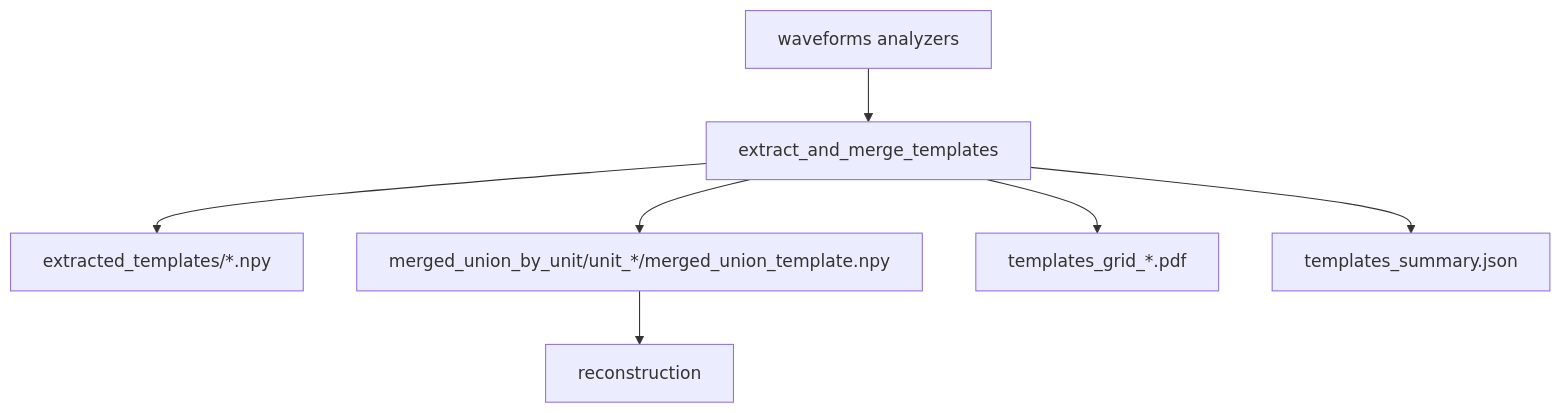
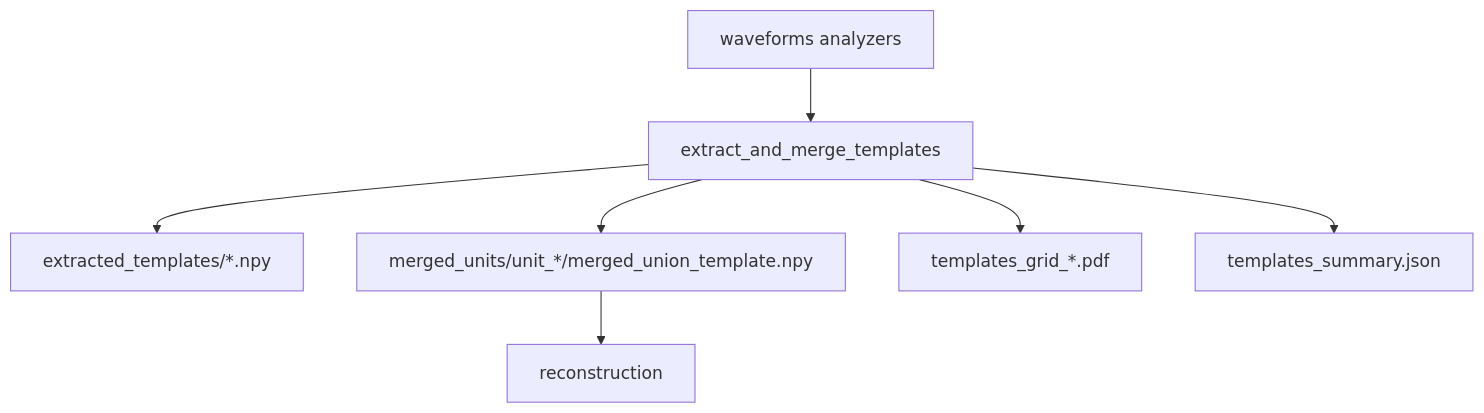
One commit to adamwea/axon_reconstructor changed the diagram in src/axon_reconstructor/pipeline/templates/README.md. Above: the diagram before and after it, drawn with Mermaid. The commit also changed other lines of this file and 10 other files, not shown here.

````diff
--- a/src/axon_reconstructor/pipeline/templates/README.md
+++ b/src/axon_reconstructor/pipeline/templates/README.md
@@ -78,9 +101,9 @@
 ```mermaid
 flowchart TD
   A[waveforms analyzers] --> B[extract_and_merge_templates]
   B --> C[extracted_templates/*.npy]
-  B --> D[merged_union_by_unit/unit_*/merged_union_template.npy]
+  B --> D[merged_units/unit_*/merged_union_template.npy]
   B --> E[templates_grid_*.pdf]
   B --> F[templates_summary.json]
   D --> G[reconstruction]
 ```
````
